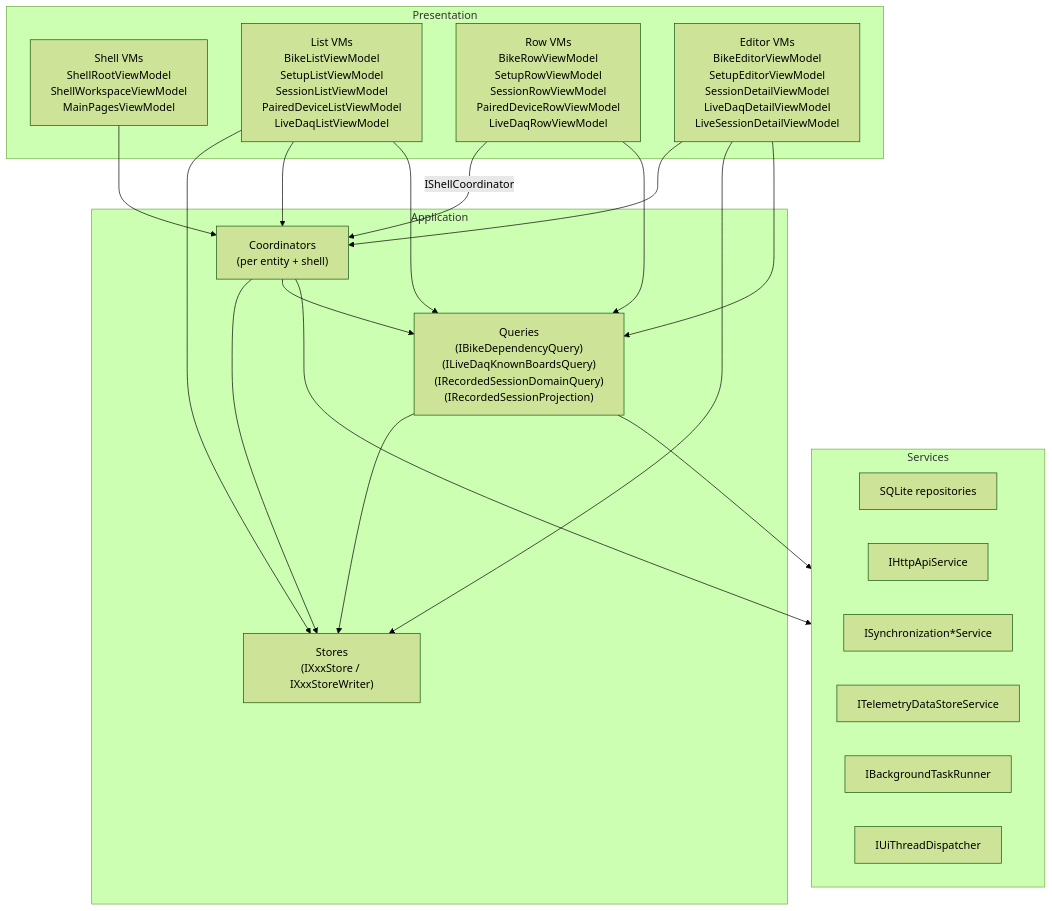
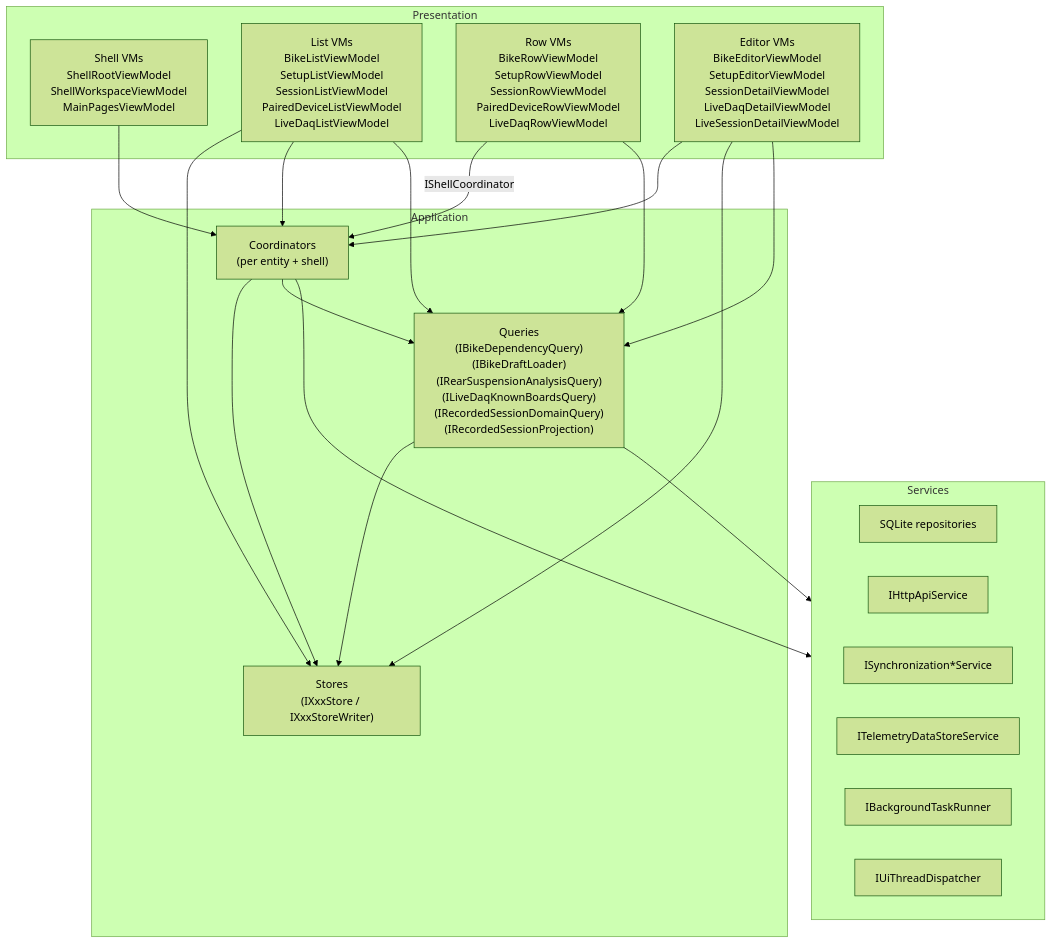
The diagram in docs/architecture/ui.md (MoridinBG/Sufni.app), drawn with Mermaid (forest theme) before and after one commit. The commit also changed other lines of this file and 18 other files, not shown here.

Commit message:
Separate suspension analysis and file reads from bike workflows

````diff
--- a/docs/architecture/ui.md
+++ b/docs/architecture/ui.md
@@ -71,39 +71,39 @@
 ```mermaid
 graph TB
     subgraph Presentation["Presentation"]
         Shell["Shell VMs<br/>ShellRootViewModel<br/>ShellWorkspaceViewModel<br/>MainPagesViewModel"]
         Lists["List VMs<br/>BikeListViewModel<br/>SetupListViewModel<br/>SessionListViewModel<br/>PairedDeviceListViewModel<br/>LiveDaqListViewModel"]
         Rows["Row VMs<br/>BikeRowViewModel<br/>SetupRowViewModel<br/>SessionRowViewModel<br/>PairedDeviceRowViewModel<br/>LiveDaqRowViewModel"]
         Editors["Editor VMs<br/>BikeEditorViewModel<br/>SetupEditorViewModel<br/>SessionDetailViewModel<br/>LiveDaqDetailViewModel<br/>LiveSessionDetailViewModel"]
     end
 
     subgraph Application["Application"]
         Coords["Coordinators<br/>(per entity + shell)"]
         Stores["Stores<br/>(IXxxStore / IXxxStoreWriter)"]
-        Queries["Queries<br/>(IBikeDependencyQuery)<br/>(ILiveDaqKnownBoardsQuery)<br/>(IRecordedSessionDomainQuery)<br/>(IRecordedSessionProjection)"]
+        Queries["Queries<br/>(IBikeDependencyQuery)<br/>(IBikeDraftLoader)<br/>(IRearSuspensionAnalysisQuery)<br/>(ILiveDaqKnownBoardsQuery)<br/>(IRecordedSessionDomainQuery)<br/>(IRecordedSessionProjection)"]
     end
 
     subgraph Services["Services"]
         DBSvc["SQLite repositories"]
         HttpSvc["IHttpApiService"]
         SyncSvc["ISynchronization*Service"]
         DSSSvc["ITelemetryDataStoreService"]
         BgSvc["IBackgroundTaskRunner"]
         UiSvc["IUiThreadDispatcher"]
     end
 
     Shell --> Coords
     Lists --> Stores
     Lists --> Coords
     Lists --> Queries
     Rows -->|IShellCoordinator| Coords
     Rows --> Queries
     Editors --> Coords
     Editors --> Stores
     Editors --> Queries
     Coords --> Stores
     Coords --> Queries
     Coords --> Services
     Queries --> Stores
     Queries --> Services
 ```
````
